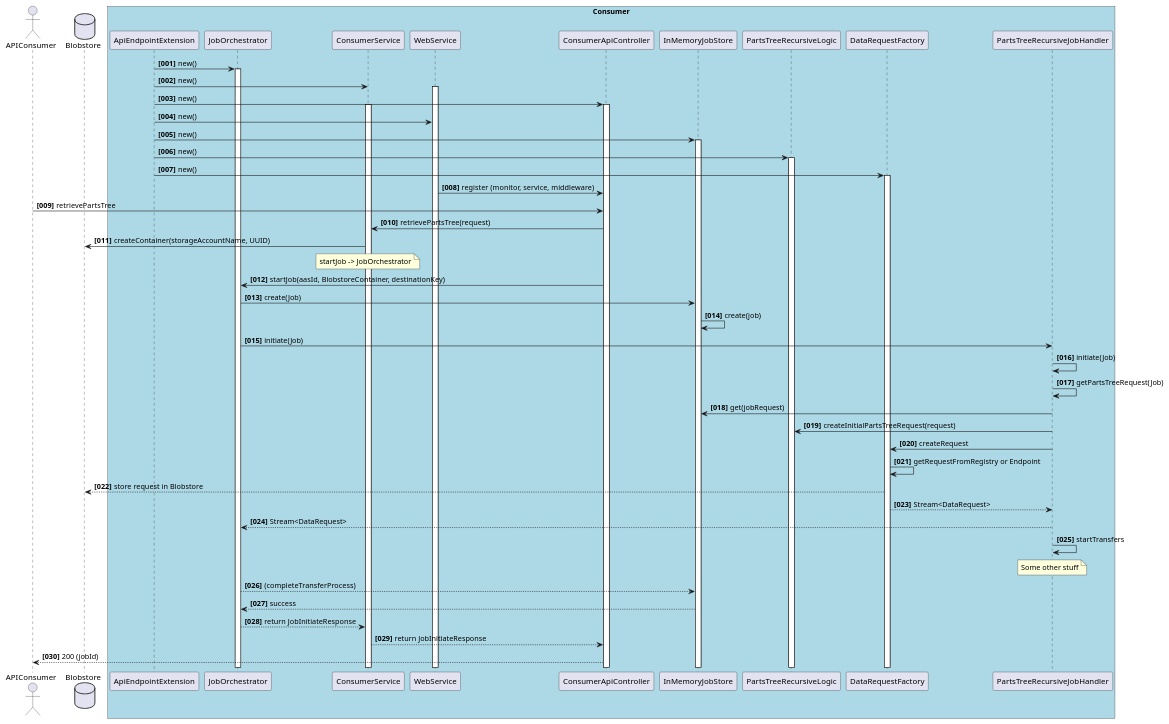
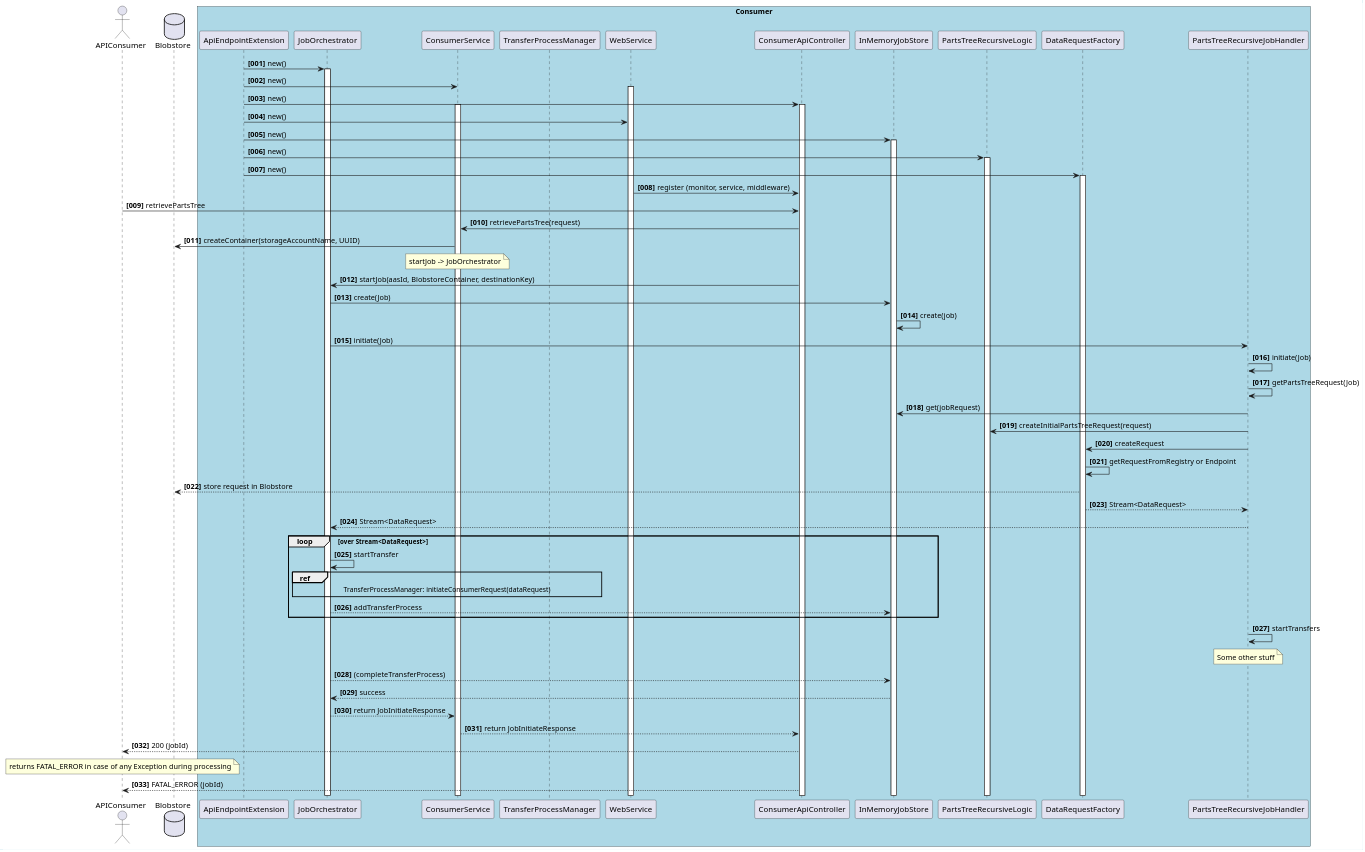
The diagram in uml-diagramms/job-orchistration-sequence.puml (eclipse-tractusx/item-relationship-service), drawn with PlantUML before and after one commit. The commit also changed 2 other files, not shown here.

Commit message:
refactor(api):[TRI-301] change attribute jobFinished -> jobCompleted

```diff
--- a/uml-diagramms/job-orchistration-sequence.puml
+++ b/uml-diagramms/job-orchistration-sequence.puml
@@ -1,63 +1,73 @@
 @startuml
 
 actor APIConsumer
 database Blobstore
 
 autonumber "<b>[000]"
 
 box "Consumer" #LightBlue
 ApiEndpointExtension -> JobOrchestrator: new()
 activate JobOrchestrator
 ApiEndpointExtension -> ConsumerService: new()
-
+participant TransferProcessManager
 activate WebService
 ApiEndpointExtension -> ConsumerApiController: new()
 activate ConsumerApiController
 activate ConsumerService
 ApiEndpointExtension -> WebService: new()
 ApiEndpointExtension -> InMemoryJobStore: new()
 activate InMemoryJobStore
 ApiEndpointExtension ->  PartsTreeRecursiveLogic: new()
 activate PartsTreeRecursiveLogic
 ApiEndpointExtension ->  DataRequestFactory: new()
 activate DataRequestFactory
-
 
 WebService -> ConsumerApiController: register (monitor, service, middleware)
 
 APIConsumer -> ConsumerApiController: retrievePartsTree
 ConsumerApiController -> ConsumerService : retrievePartsTree(request)
 ConsumerService -> Blobstore : createContainer(storageAccountName, UUID)
 note over ConsumerService
 startJob -> JobOrchestrator
 end note
 ConsumerApiController -> JobOrchestrator: startJob(aasId, BlobstoreContainer, destinationKey)
 JobOrchestrator -> InMemoryJobStore: create(Job)
 
 
 InMemoryJobStore -> InMemoryJobStore: create(job)
 JobOrchestrator -> PartsTreeRecursiveJobHandler: initiate(Job)
 PartsTreeRecursiveJobHandler -> PartsTreeRecursiveJobHandler: initiate(Job)
 PartsTreeRecursiveJobHandler -> PartsTreeRecursiveJobHandler: getPartsTreeRequest(Job)
 PartsTreeRecursiveJobHandler -> InMemoryJobStore : get(jobRequest)
 
 
 PartsTreeRecursiveJobHandler -> PartsTreeRecursiveLogic : createInitialPartsTreeRequest(request)
 PartsTreeRecursiveJobHandler -> DataRequestFactory :createRequest
 DataRequestFactory -> DataRequestFactory: getRequestFromRegistry or Endpoint
 DataRequestFactory --> Blobstore: store request in Blobstore
 PartsTreeRecursiveJobHandler <-- DataRequestFactory: Stream<DataRequest>
 JobOrchestrator <-- PartsTreeRecursiveJobHandler: Stream<DataRequest>
+loop over  Stream<DataRequest>
+    JobOrchestrator -> JobOrchestrator: startTransfer
+    ref over JobOrchestrator, TransferProcessManager
+        TransferProcessManager: initiateConsumerRequest(dataRequest)
+    end ref
+    JobOrchestrator --> InMemoryJobStore: addTransferProcess
+end loop
 PartsTreeRecursiveJobHandler -> PartsTreeRecursiveJobHandler:startTransfers
 note over PartsTreeRecursiveJobHandler
     Some other stuff
 end note
 JobOrchestrator --> InMemoryJobStore: (completeTransferProcess)
 JobOrchestrator <-- InMemoryJobStore: success
 ConsumerService <-- JobOrchestrator:  return JobInitiateResponse
 ConsumerApiController <-- ConsumerService:  return JobInitiateResponse
 APIConsumer <-- ConsumerApiController: 200 (jobId)
 
+note over APIConsumer
+    returns FATAL_ERROR in case of any Exception during processing
+end note
+APIConsumer <-- ConsumerApiController: FATAL_ERROR (jobId)
 
 
 @enduml
```
